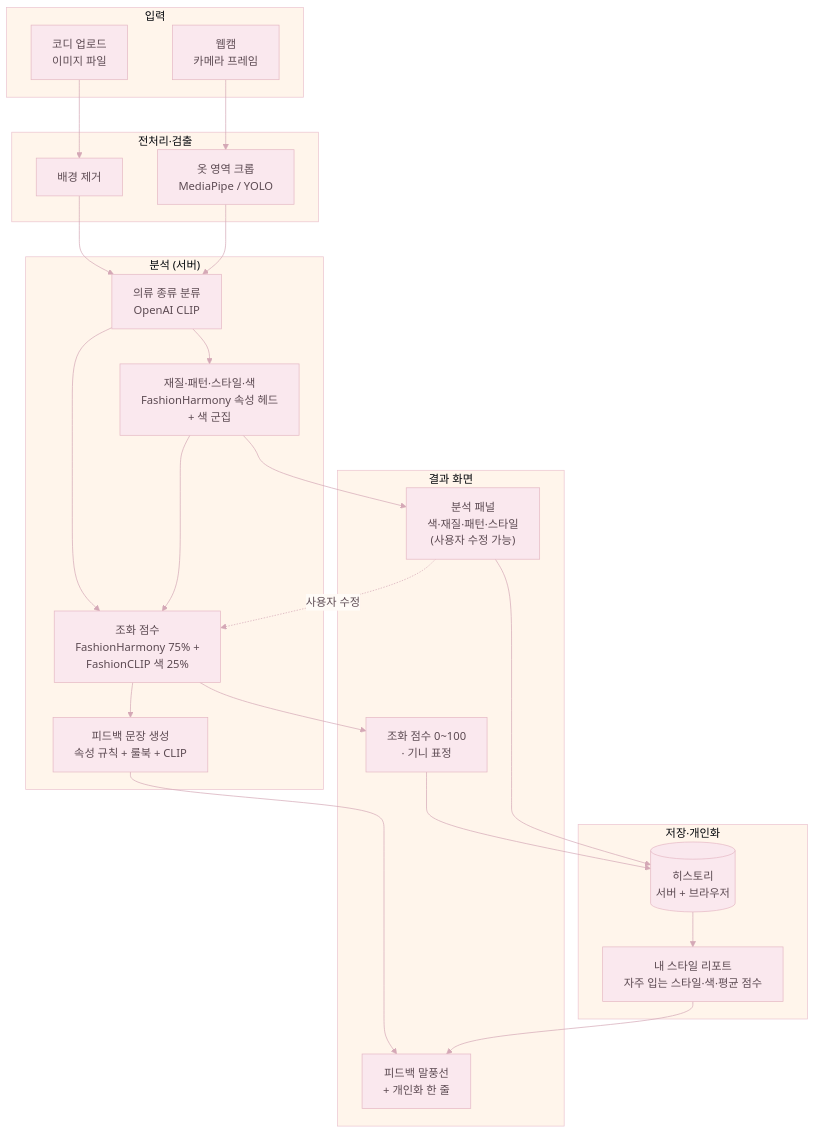
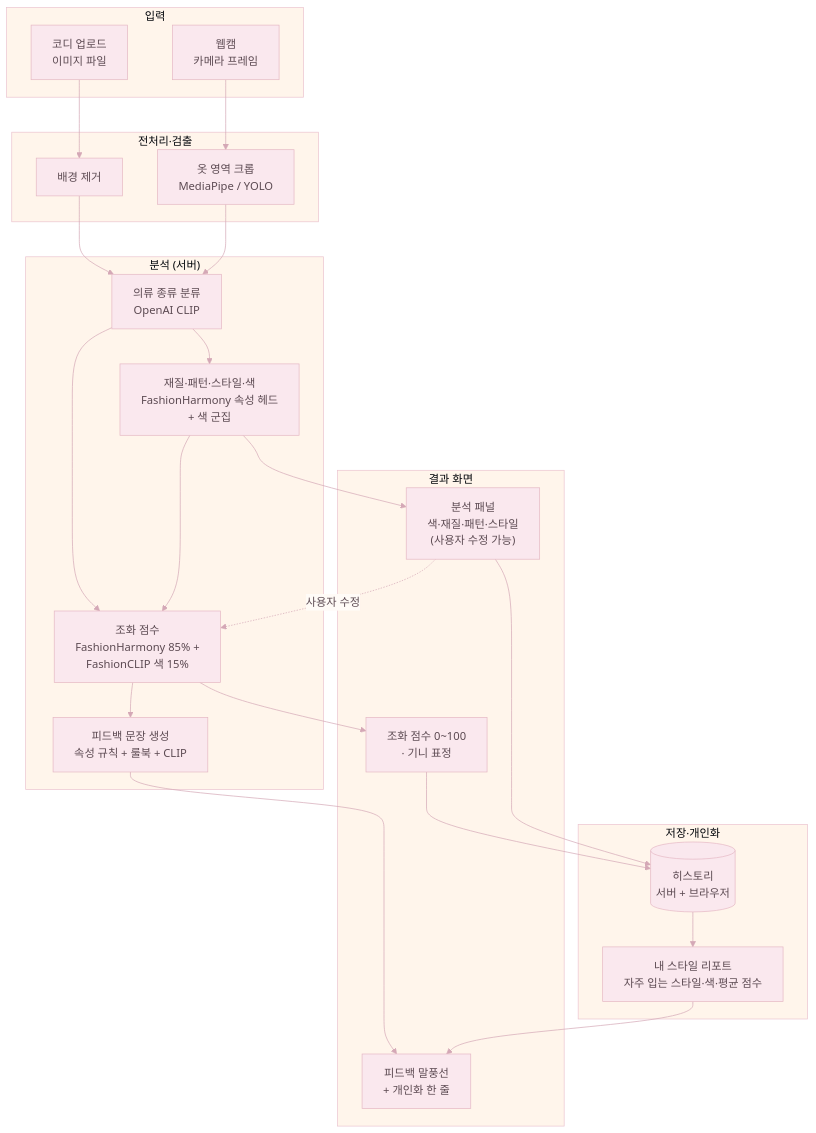
Before and after one commit to jinbaaaaaang/huwari: the seventh of 12 diagrams in README.md, drawn with Mermaid. The commit also changed other lines of this file and 2 other files, not shown here.

Commit message:
feat: FashionHarmony/FashionCLIP 비율 75/25 → 85/15 최적화 및 README 반영

````diff
--- a/README.md
+++ b/README.md
@@ -663,48 +684,48 @@
 ```mermaid
 %%{init: {'theme': 'base', 'themeVariables': {'primaryColor':'#F4D4DC','primaryTextColor':'#5C4A52','primaryBorderColor':'#E5B8C4','lineColor':'#D4A8B6','secondaryColor':'#FFF6EC','tertiaryColor':'#FFFBF6','background':'#FFFBF7','mainBkg':'#FAE8EE','clusterBkg':'#FFF5EB','clusterBorder':'#EBC4CF','edgeLabelBackground':'#FFFBF7','fontFamily':'inherit'}}}%%
 flowchart TB
   subgraph input ["입력"]
     UP["코디 업로드<br/>이미지 파일"]
     CAM["웹캠<br/>카메라 프레임"]
   end
 
   subgraph pre ["전처리·검출"]
     BG["배경 제거"]
     CROP["옷 영역 크롭<br/>MediaPipe / YOLO"]
   end
 
   subgraph analyze ["분석 (서버)"]
     CLIP["의류 종류 분류<br/>OpenAI CLIP"]
     ATTR["재질·패턴·스타일·색<br/>FashionHarmony 속성 헤드<br/>+ 색 군집"]
-    HARMONY["조화 점수<br/>FashionHarmony 75% +<br/>FashionCLIP 색 25%"]
+    HARMONY["조화 점수<br/>FashionHarmony 85% +<br/>FashionCLIP 색 15%"]
     XAI["피드백 문장 생성<br/>속성 규칙 + 룰북 + CLIP"]
   end
 
   subgraph result ["결과 화면"]
     SCORE["조화 점수 0~100<br/>· 기니 표정"]
     PANEL["분석 패널<br/>색·재질·패턴·스타일<br/>(사용자 수정 가능)"]
     BUBBLE["피드백 말풍선<br/>+ 개인화 한 줄"]
   end
 
   subgraph store ["저장·개인화"]
     HIST[("히스토리<br/>서버 + 브라우저")]
     REPORT["내 스타일 리포트<br/>자주 입는 스타일·색·평균 점수"]
   end
 
   UP --> BG
   CAM --> CROP
   BG --> CLIP
   CROP --> CLIP
   CLIP --> ATTR
   CLIP --> HARMONY
   ATTR --> HARMONY
   HARMONY --> XAI
   HARMONY --> SCORE
   ATTR --> PANEL
   XAI --> BUBBLE
   PANEL -. 사용자 수정 .-> HARMONY
   SCORE --> HIST
   PANEL --> HIST
   HIST --> REPORT
   REPORT --> BUBBLE
 ```
````
